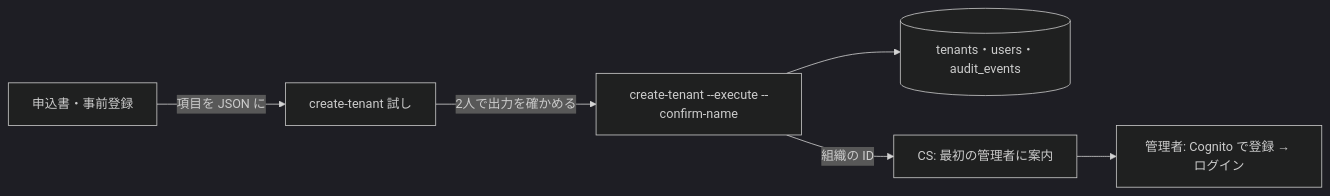
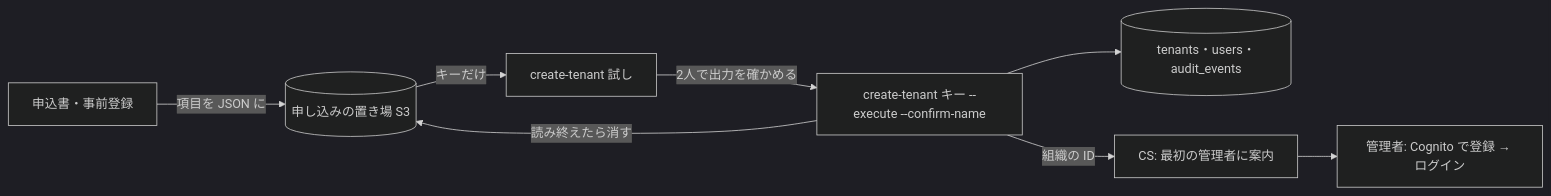
Before and after one commit to attumkwg/software-factory-starter: the diagram in docs/designs/0026-tenant-provisioning.md, drawn with Mermaid (dark theme). The commit also changed other lines of this file and 20 other files, not shown here.

````diff
--- a/docs/designs/0026-tenant-provisioning.md
+++ b/docs/designs/0026-tenant-provisioning.md
@@ -12,8 +12,10 @@
 ```mermaid
 flowchart LR
-  A[申込書・事前登録] -->|項目を JSON に| B[create-tenant 試し]
-  B -->|2人で出力を確かめる| C[create-tenant --execute --confirm-name]
+  A[申込書・事前登録] -->|項目を JSON に| S[(申し込みの置き場 S3)]
+  S -->|キーだけ| B[create-tenant 試し]
+  B -->|2人で出力を確かめる| C[create-tenant キー --execute --confirm-name]
+  C -->|読み終えたら消す| S
   C --> D[(tenants・users・audit_events)]
   C -->|組織の ID| E[CS: 最初の管理者に案内]
   E --> F[管理者: Cognito で登録 → ログイン]
 ```
````
